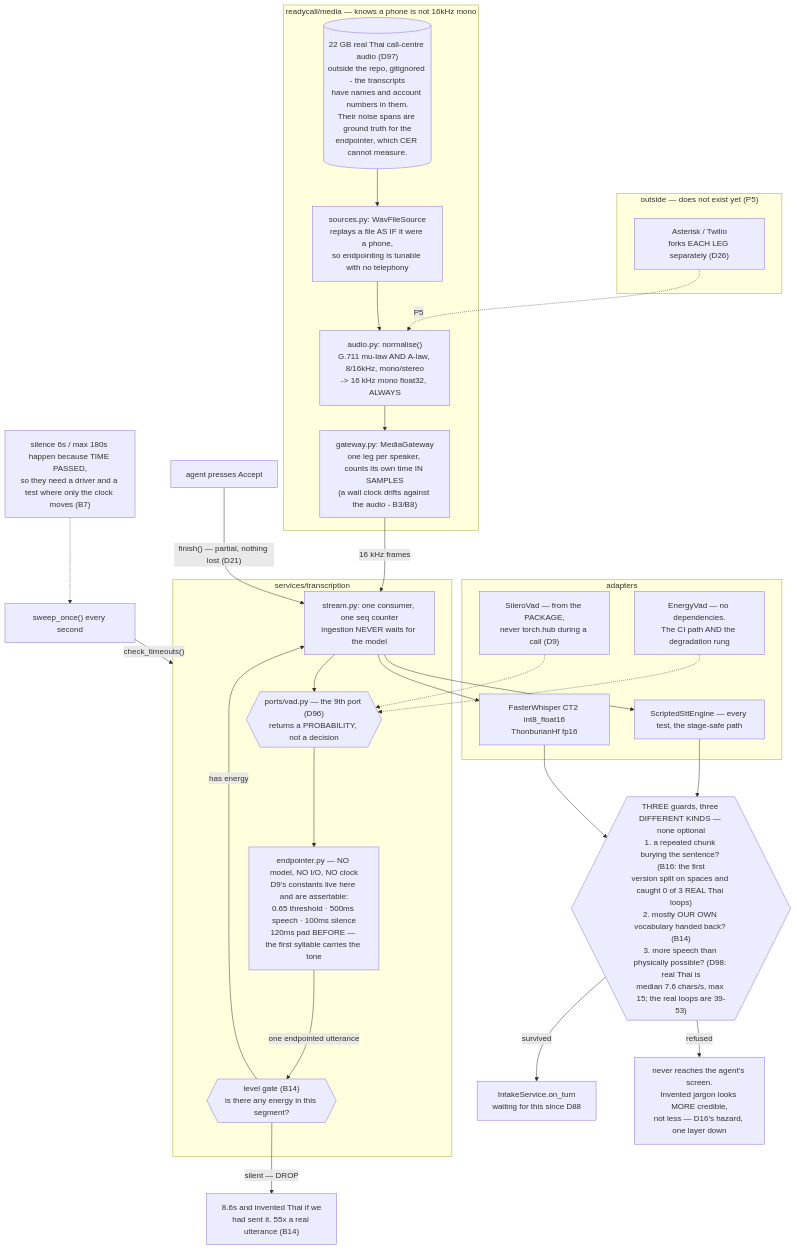
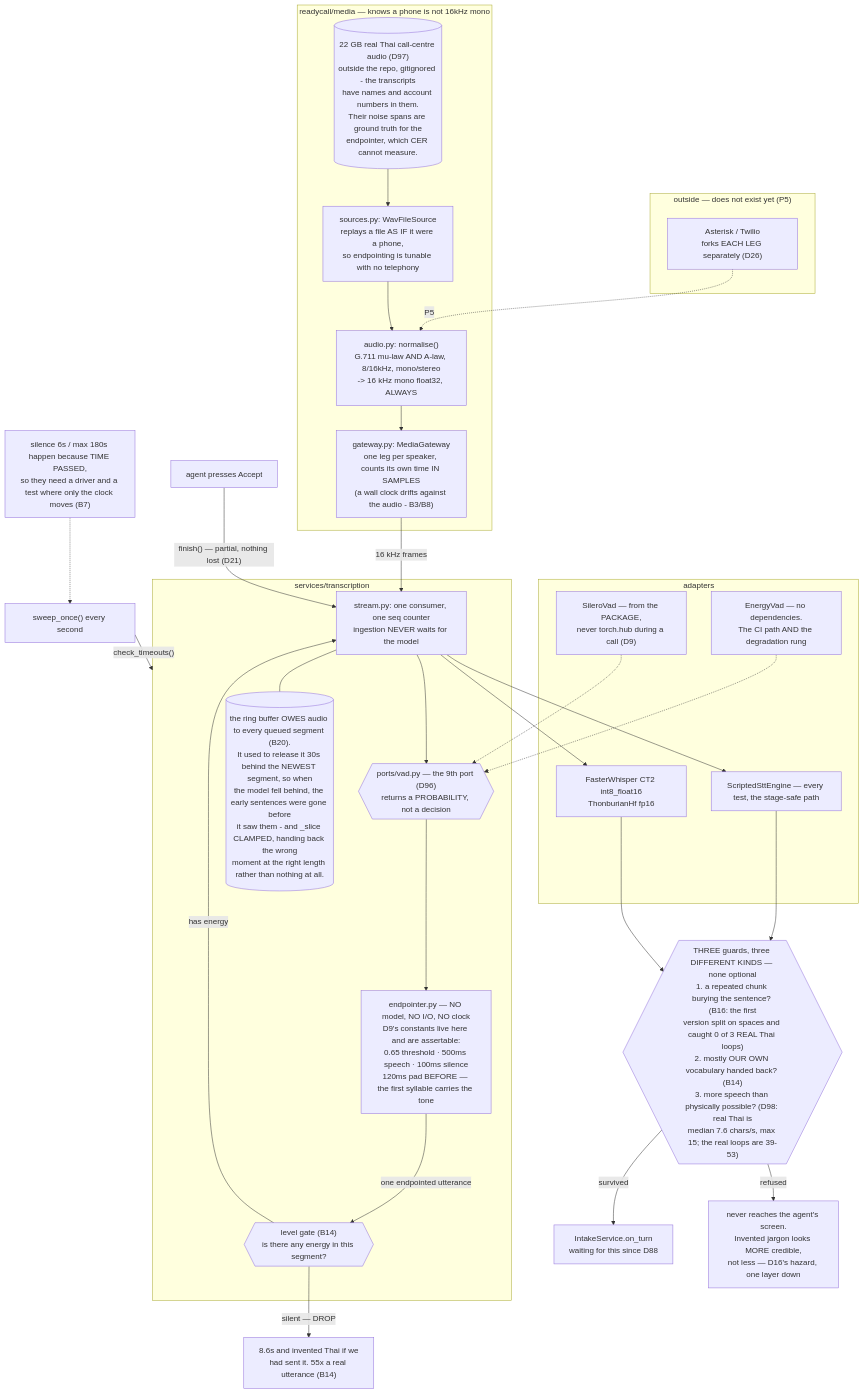
Before and after one commit to anakom-suvonvorn/Krungsri-ReadyCall: the diagram in docs/diagrams/src/audio_path.mmd, drawn with Mermaid. The commit also changed 28 other files, not shown here.

First line of the commit message:
transcription: B20 - the buffer released audio out from under queued segments

```diff
--- a/docs/diagrams/src/audio_path.mmd
+++ b/docs/diagrams/src/audio_path.mmd
@@ -1,54 +1,56 @@
 %% HANDWRITTEN. Checked against ARCHITECTURE.md S6 + S7 + D9 + D21 + D26 + D88 + D96 + D97 + D98
-%% + B7 + B14 + B16 + B18 + B19
+%% + B7 + B14 + B16 + B18 + B19 + B20
 flowchart TB
     subgraph OUT["outside — does not exist yet (P5)"]
         TEL["Asterisk / Twilio<br/>forks EACH LEG separately (D26)"]
     end
 
     subgraph MEDIA["readycall/media — knows a phone is not 16kHz mono"]
         NORM["audio.py: normalise()<br/>G.711 mu-law AND A-law, 8/16kHz, mono/stereo<br/>-> 16 kHz mono float32, ALWAYS"]
         GW["gateway.py: MediaGateway<br/>one leg per speaker, counts its own time IN SAMPLES<br/>(a wall clock drifts against the audio - B3/B8)"]
         WAV["sources.py: WavFileSource<br/>replays a file AS IF it were a phone,<br/>so endpointing is tunable with no telephony"]
         DATA[("22 GB real Thai call-centre audio (D97)<br/>outside the repo, gitignored - the transcripts<br/>have names and account numbers in them.<br/>Their noise spans are ground truth for the<br/>endpointer, which CER cannot measure.")]
     end
 
     subgraph TRANS["services/transcription"]
         VAD{{"ports/vad.py — the 9th port (D96)<br/>returns a PROBABILITY, not a decision"}}
         EP["endpointer.py — NO model, NO I/O, NO clock<br/>D9's constants live here and are assertable:<br/>0.65 threshold · 500ms speech · 100ms silence<br/>120ms pad BEFORE — the first syllable carries the tone"]
         GATE{{"level gate (B14)<br/>is there any energy in this segment?"}}
         STREAM["stream.py: one consumer, one seq counter<br/>ingestion NEVER waits for the model"]
+        BUF[("the ring buffer OWES audio to every queued segment (B20).<br/>It used to release it 30s behind the NEWEST segment, so when<br/>the model fell behind, the early sentences were gone before<br/>it saw them - and _slice CLAMPED, handing back the wrong<br/>moment at the right length rather than nothing at all.")]
     end
 
     subgraph ENG["adapters"]
         E1["EnergyVad — no dependencies.<br/>The CI path AND the degradation rung"]
         E2["SileroVad — from the PACKAGE,<br/>never torch.hub during a call (D9)"]
         S1["ScriptedSttEngine — every test, the stage-safe path"]
         S2["FasterWhisper CT2 int8_float16<br/>ThonburianHf fp16"]
     end
 
     GUARDS{{"THREE guards, three DIFFERENT KINDS — none optional<br/>1. a repeated chunk burying the sentence? (B16: the first<br/>version split on spaces and caught 0 of 3 REAL Thai loops)<br/>2. mostly OUR OWN vocabulary handed back? (B14)<br/>3. more speech than physically possible? (D98: real Thai is<br/>median 7.6 chars/s, max 15; the real loops are 39-53)"}}
     INTAKE["IntakeService.on_turn<br/>waiting for this since D88"]
 
     TEL -. "P5" .-> NORM
     DATA --> WAV
     WAV --> NORM
     NORM --> GW
     GW -->|"16 kHz frames"| STREAM
+    STREAM --- BUF
     STREAM --> VAD
     VAD --> EP
     E1 -.-> VAD
     E2 -.-> VAD
     EP -->|"one endpointed utterance"| GATE
     GATE -->|"has energy"| STREAM
     GATE -->|"silent — DROP"| DROP["8.6s and invented Thai if we<br/>had sent it. 55x a real utterance (B14)"]
     STREAM --> S1
     STREAM --> S2
     S1 --> GUARDS
     S2 --> GUARDS
     GUARDS -->|"survived"| INTAKE
     GUARDS -->|"refused"| BIN["never reaches the agent's screen.<br/>Invented jargon looks MORE credible,<br/>not less — D16's hazard, one layer down"]
 
     SWEEP["sweep_once() every second"] -->|"check_timeouts()"| TRANS
     NOTE["silence 6s / max 180s happen because TIME PASSED,<br/>so they need a driver and a test where only the clock moves (B7)"] -.-> SWEEP
 
     ACCEPT["agent presses Accept"] -->|"finish() — partial, nothing lost (D21)"| STREAM
```
